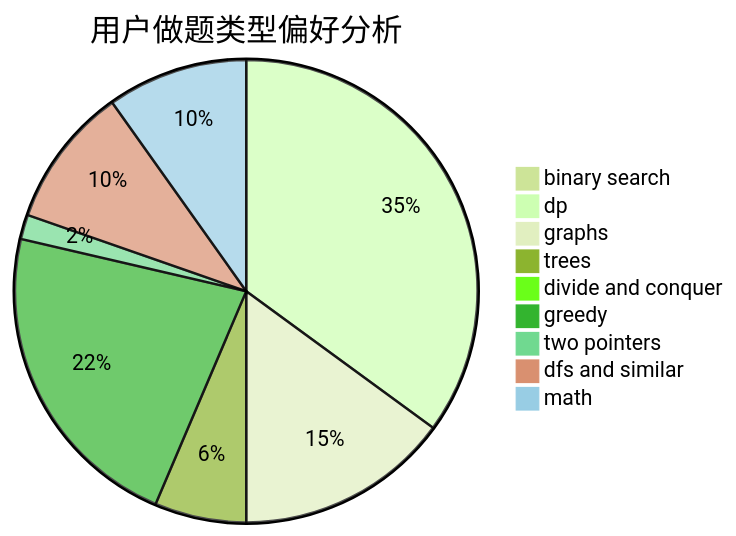
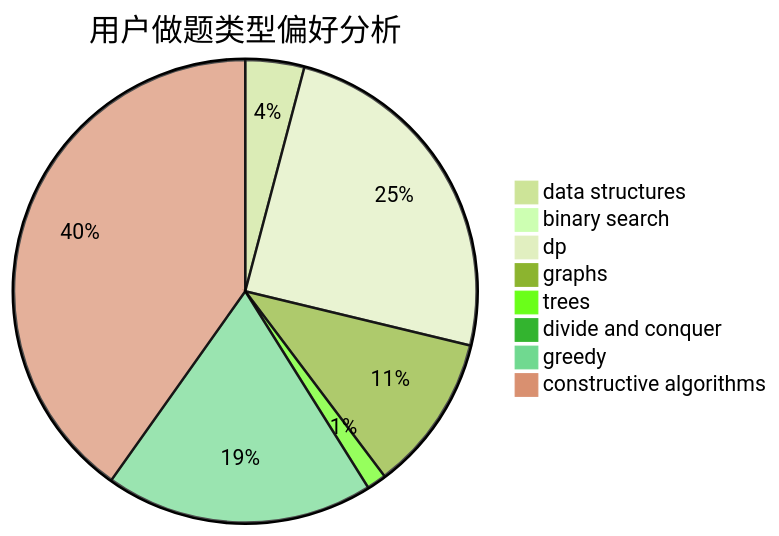
Before and after one commit to sherpahu/cfrs.github.io: the second of 3 diagrams in docs/user/u771.md, drawn with Mermaid (forest theme). The commit also changed other lines of this file and 2775 other files, not shown here.

````diff
--- a/docs/user/u771.md
+++ b/docs/user/u771.md
@@ -23,12 +23,11 @@
 ```mermaid
 pie title 用户做题类型偏好分析
-    "binary search" :  2
-    "dp" :  82
-    "graphs" :  35
-    "trees" :  15
+    "data structures" :  9
+    "binary search" :  1
+    "dp" :  54
+    "graphs" :  24
+    "trees" :  3
     "divide and conquer" :  0
-    "greedy" :  52
-    "two pointers" :  4
-    "dfs and similar" :  23
-    "math" :  23
+    "greedy" :  41
+    "constructive algorithms" :  88
 ```
````
